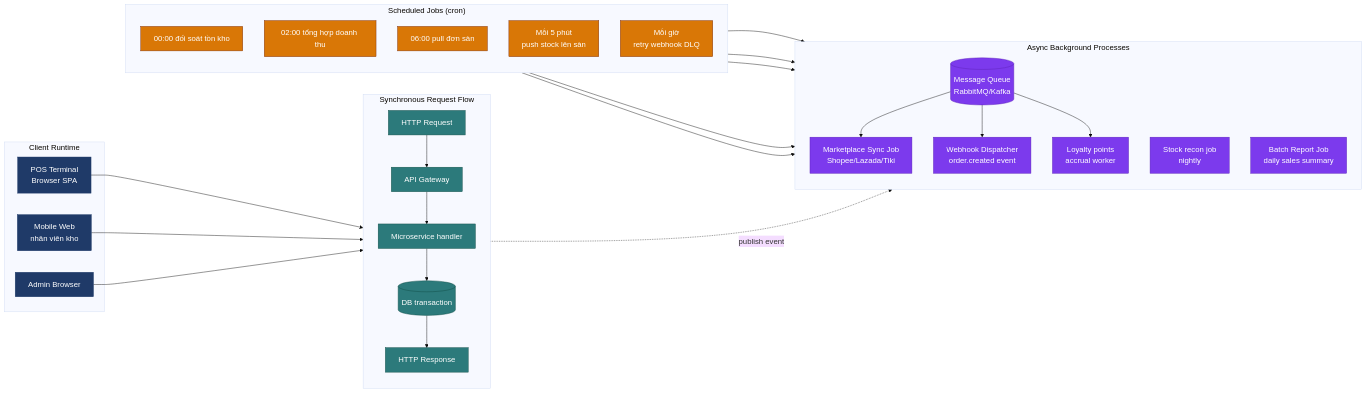
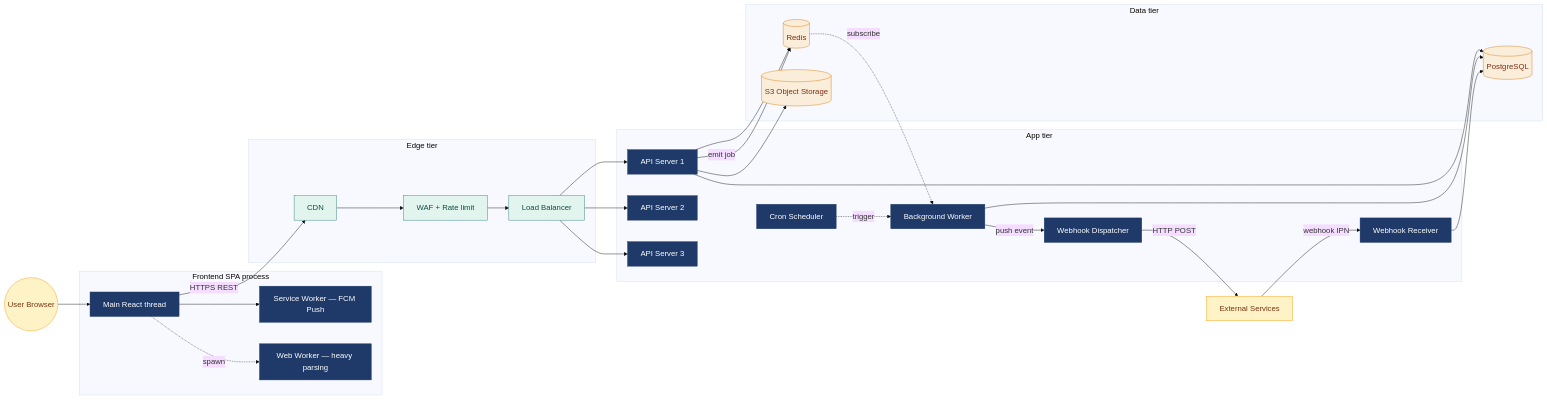
One commit to ducdung872001/cloud-crm changed the diagram in docs/sa/diagrams/sources/02-process-view.mmd. Above: the diagram before and after it, drawn with Mermaid. The commit also changed 1441 other files, not shown here.

```diff
--- a/docs/sa/diagrams/sources/02-process-view.mmd
+++ b/docs/sa/diagrams/sources/02-process-view.mmd
@@ -1,59 +1,59 @@
 %%{init: {'theme':'base','themeVariables':{'fontFamily':'Calibri','fontSize':'18px'}}}%%
 flowchart LR
-    subgraph CLIENT["Client Runtime"]
-      POSTERM[POS Terminal<br/>Browser SPA]
-      MOBILE[Mobile Web<br/>nhân viên kho]
-      ADMIN[Admin Browser]
+    USER((User Browser))
+    subgraph FE["Frontend SPA process"]
+      MAIN[Main React thread]
+      SW[Service Worker — FCM Push]
+      WW[Web Worker — heavy parsing]
     end
+    subgraph EDGE["Edge tier"]
+      CDN[CDN]
+      WAF[WAF + Rate limit]
+      LB[Load Balancer]
+    end
+    subgraph APP["App tier"]
+      API1[API Server 1]
+      API2[API Server 2]
+      API3[API Server 3]
+      WORKER[Background Worker]
+      CRON[Cron Scheduler]
+      WHRX[Webhook Receiver]
+      WHTX[Webhook Dispatcher]
+    end
+    subgraph DATA["Data tier"]
+      DB[(PostgreSQL)]
+      REDIS[(Redis)]
+      S3[(S3 Object Storage)]
+    end
+    EXT[External Services]
 
-    subgraph SYNC["Synchronous Request Flow"]
-      direction TB
-      REQ[HTTP Request] --> GW1[API Gateway]
-      GW1 --> SVC1[Microservice handler]
-      SVC1 --> DB1[(DB transaction)]
-      DB1 --> RESP[HTTP Response]
-    end
+    USER --> MAIN
+    MAIN --> SW
+    MAIN -.spawn.-> WW
+    MAIN -->|HTTPS REST| CDN
+    CDN --> WAF
+    WAF --> LB
+    LB --> API1
+    LB --> API2
+    LB --> API3
+    API1 --> DB
+    API1 --> REDIS
+    API1 --> S3
+    API1 -->|emit job| REDIS
+    REDIS -.subscribe.-> WORKER
+    CRON -.trigger.-> WORKER
+    WORKER --> DB
+    WORKER -->|push event| WHTX
+    WHTX -->|HTTP POST| EXT
+    EXT -->|webhook IPN| WHRX
+    WHRX --> DB
 
-    subgraph ASYNC["Async Background Processes"]
-      direction TB
-      MQ[(Message Queue<br/>RabbitMQ/Kafka)]
-      SYNC_JOB[Marketplace Sync Job<br/>Shopee/Lazada/Tiki]
-      WEBHOOK[Webhook Dispatcher<br/>order.created event]
-      STOCK_JOB[Stock recon job<br/>nightly]
-      BATCH[Batch Report Job<br/>daily sales summary]
-      LOYALTY[Loyalty points<br/>accrual worker]
-    end
+    classDef ext fill:#FEF3C7,stroke:#F59E0B,color:#78350F
+    classDef edge fill:#E1F5EE,stroke:#2C7A7B,color:#0F4C44
+    classDef app fill:#1F3A68,stroke:#1F3A68,color:#fff
+    classDef data fill:#FAEEDA,stroke:#D97706,color:#7C2D12
 
-    subgraph SCHED["Scheduled Jobs (cron)"]
-      direction TB
-      C1[00:00 đối soát tồn kho]
-      C2[02:00 tổng hợp doanh thu]
-      C3[06:00 pull đơn sàn]
-      C4[Mỗi 5 phút<br/>push stock lên sàn]
-      C5[Mỗi giờ<br/>retry webhook DLQ]
-    end
-
-    POSTERM --> REQ
-    MOBILE --> REQ
-    ADMIN --> REQ
-
-    SVC1 -.publish event.-> MQ
-    MQ --> SYNC_JOB
-    MQ --> WEBHOOK
-    MQ --> LOYALTY
-
-    C1 --> STOCK_JOB
-    C2 --> BATCH
-    C3 --> SYNC_JOB
-    C4 --> SYNC_JOB
-    C5 --> WEBHOOK
-
-    classDef client fill:#1F3A68,stroke:#1F3A68,color:#fff
-    classDef sync fill:#2C7A7B,stroke:#0F4C44,color:#fff
-    classDef async fill:#7C3AED,stroke:#5B21B6,color:#fff
-    classDef sched fill:#D97706,stroke:#7C2D12,color:#fff
-
-    class POSTERM,MOBILE,ADMIN client
-    class REQ,GW1,SVC1,DB1,RESP sync
-    class MQ,SYNC_JOB,WEBHOOK,STOCK_JOB,BATCH,LOYALTY async
-    class C1,C2,C3,C4,C5 sched
+    class USER,EXT ext
+    class CDN,WAF,LB edge
+    class API1,API2,API3,WORKER,CRON,WHRX,WHTX,MAIN,SW,WW app
+    class DB,REDIS,S3 data
```
